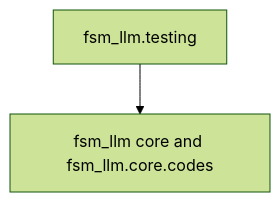
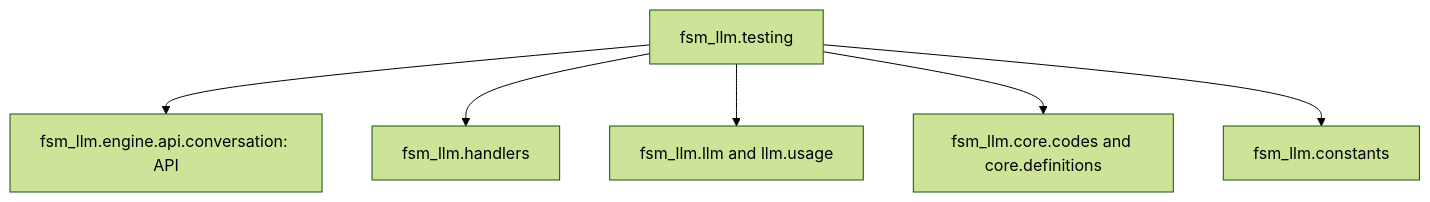
Before and after one commit to NikolasMarkou/fsm_llm: the diagram in src/fsm_llm/testing/AGENTS.md, drawn with Mermaid (forest theme). The commit also changed other lines of this file and 24 other files, not shown here.

````diff
--- a/src/fsm_llm/testing/AGENTS.md
+++ b/src/fsm_llm/testing/AGENTS.md
@@ -13,4 +13,8 @@
 ```mermaid
 flowchart TD
-    testing[fsm_llm.testing] --> core[fsm_llm core and fsm_llm.core.codes]
+    testing[fsm_llm.testing] --> engine[fsm_llm.engine.api.conversation: API]
+    testing --> handlers[fsm_llm.handlers]
+    testing --> llm[fsm_llm.llm and llm.usage]
+    testing --> core[fsm_llm.core.codes and core.definitions]
+    testing --> kernel[fsm_llm.constants]
 ```
````
